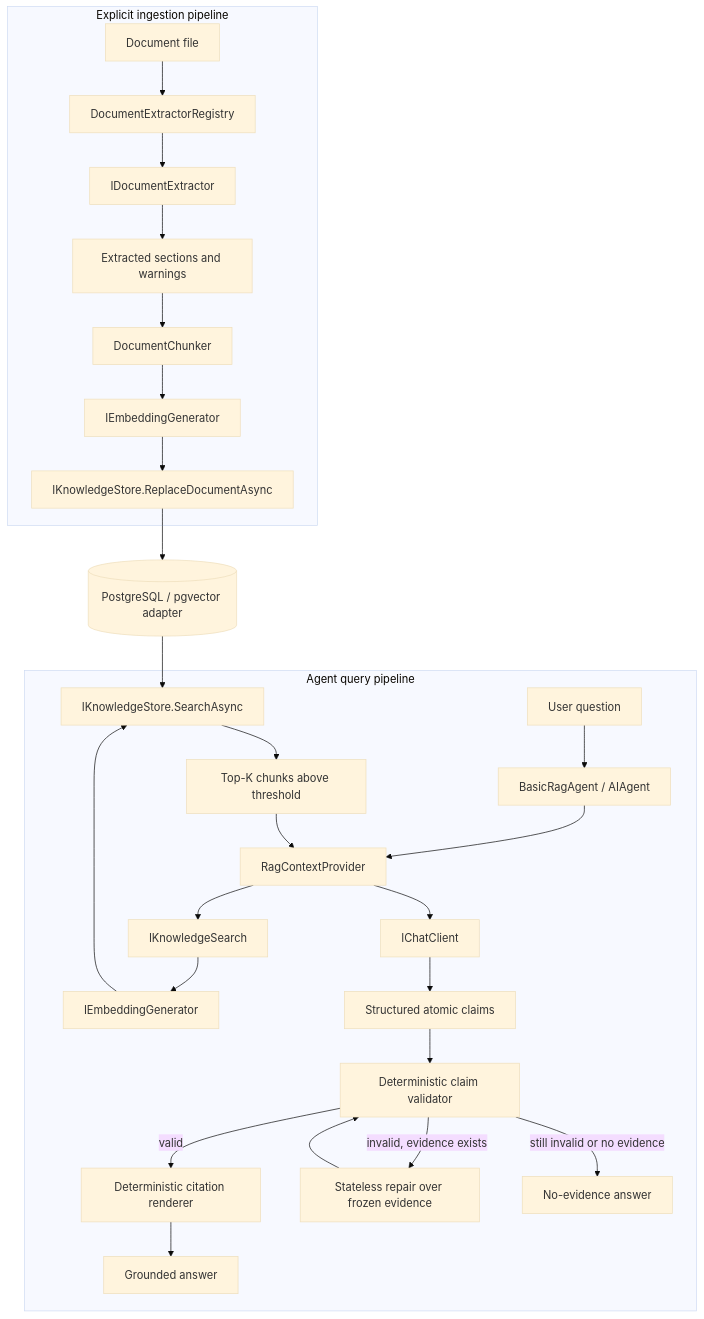
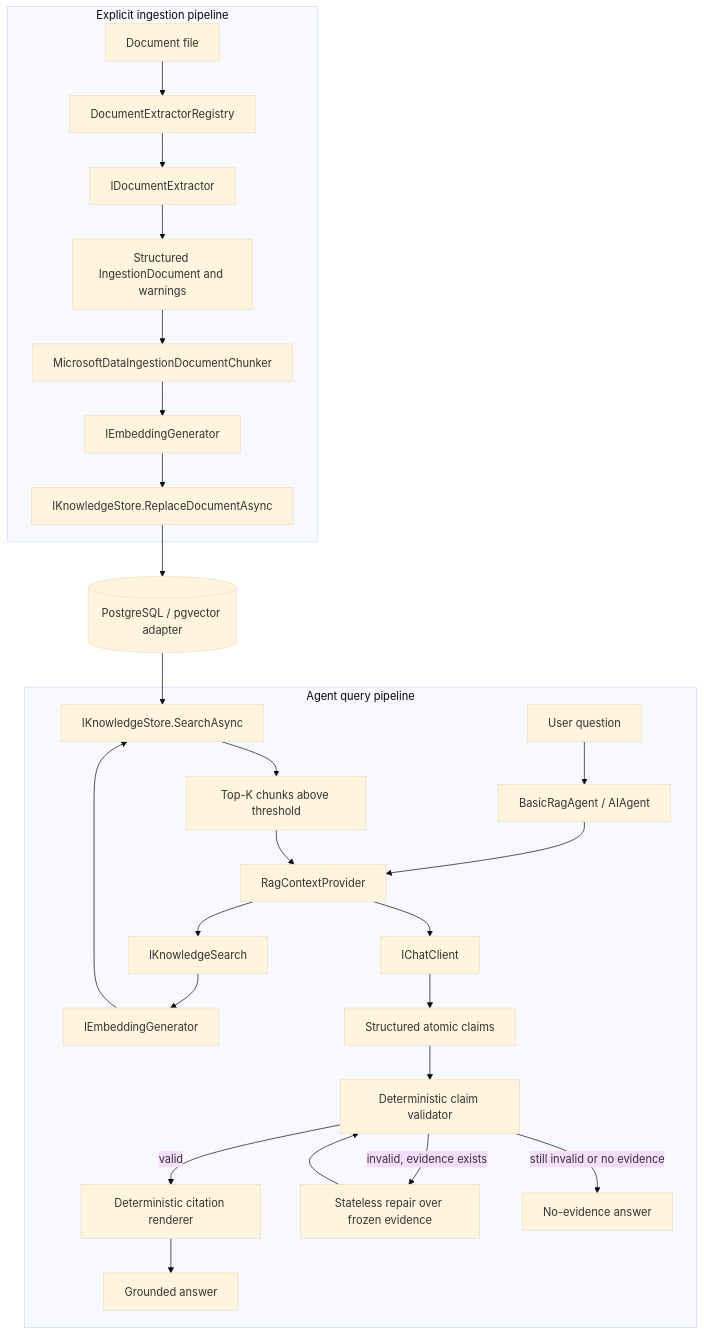
Before and after one commit to LautaroO/maf-playground: the diagram in src/MafPlayground.AI/Agents/BasicRagAgent/README.md, drawn with Mermaid (base theme). The commit also changed other lines of this file and 10 other files, not shown here.

Commit message:
remove old document chunker

````diff
--- a/src/MafPlayground.AI/Agents/BasicRagAgent/README.md
+++ b/src/MafPlayground.AI/Agents/BasicRagAgent/README.md
@@ -37,32 +37,32 @@
 ```mermaid
 flowchart TB
     subgraph Ingestion[Explicit ingestion pipeline]
         File[Document file] --> Registry[DocumentExtractorRegistry]
         Registry --> Extractor[IDocumentExtractor]
-        Extractor --> Sections[Extracted sections and warnings]
-        Sections --> Chunker[DocumentChunker]
+        Extractor --> Document[Structured IngestionDocument and warnings]
+        Document --> Chunker[MicrosoftDataIngestionDocumentChunker]
         Chunker --> EmbedIngest[IEmbeddingGenerator]
         EmbedIngest --> StoreWrite[IKnowledgeStore.ReplaceDocumentAsync]
     end
 
     subgraph Query[Agent query pipeline]
         User[User question] --> Agent[BasicRagAgent / AIAgent]
         Agent --> Context[RagContextProvider]
         Context --> Search[IKnowledgeSearch]
         Search --> EmbedQuery[IEmbeddingGenerator]
         EmbedQuery --> StoreSearch[IKnowledgeStore.SearchAsync]
         StoreSearch --> Evidence[Top-K chunks above threshold]
         Evidence --> Context
         Context --> Model[IChatClient]
         Model --> Draft[Structured atomic claims]
         Draft --> Check[Deterministic claim validator]
         Check -->|valid| Render[Deterministic citation renderer]
         Render --> Answer[Grounded answer]
         Check -->|invalid, evidence exists| Repair[Stateless repair over frozen evidence]
         Repair --> Check
         Check -->|still invalid or no evidence| Refusal[No-evidence answer]
     end
 
     StoreWrite --> Pg[(PostgreSQL / pgvector adapter)]
     Pg --> StoreSearch
 ```
````
